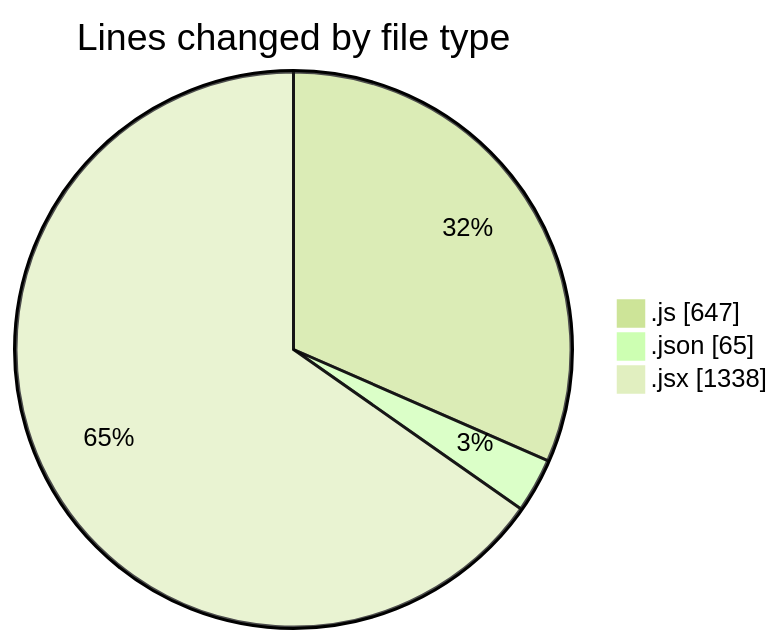
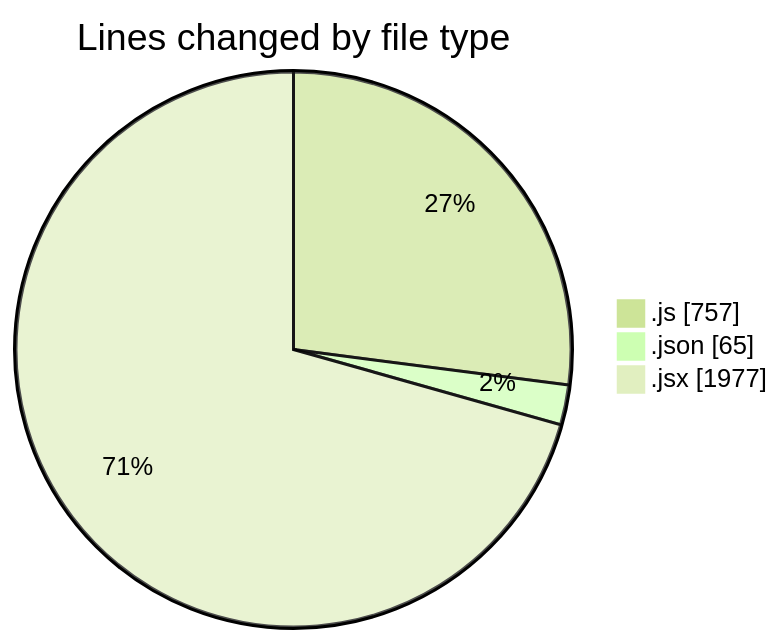
Before and after one commit to nxtqubesakshisongat/code-tracking: the first of 2 diagrams in 2026-01-14/nxtqube_webapp/README.md, drawn with Mermaid (forest theme). The commit also changed other lines of this file and 1 other file, not shown here.

````diff
--- a/2026-01-14/nxtqube_webapp/README.md
+++ b/2026-01-14/nxtqube_webapp/README.md
@@ -24,7 +26,7 @@
 ```mermaid
 pie showData
 title Lines changed by file type
-".js" : 647
+".js" : 757
 ".json" : 65
-".jsx" : 1338
+".jsx" : 1977
 ```
````
